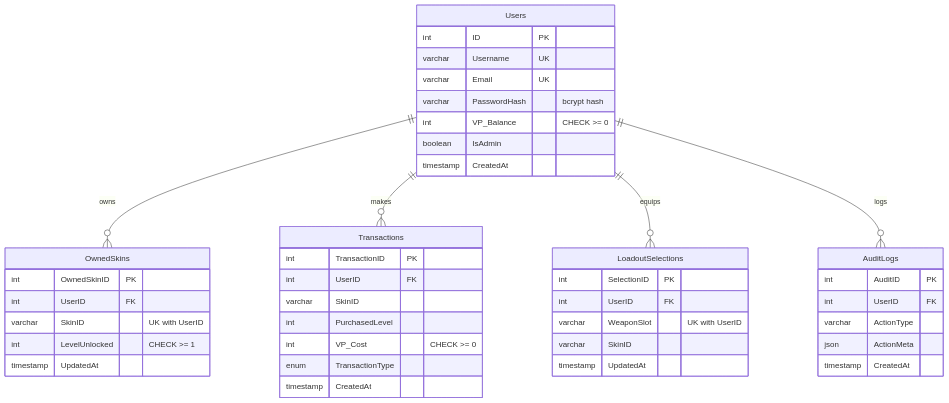
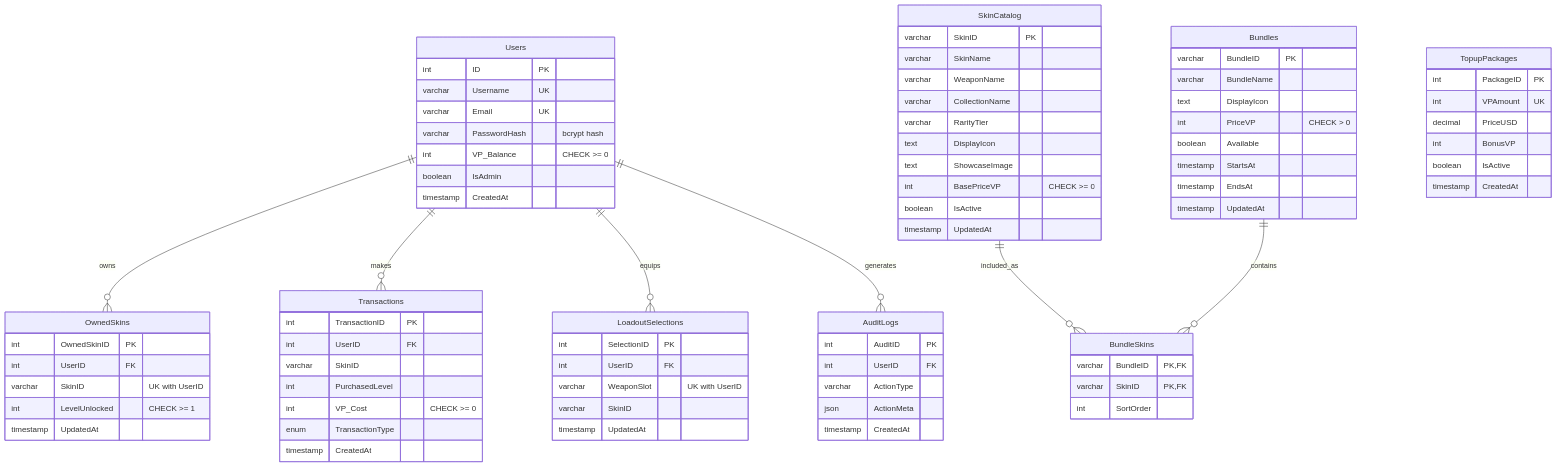
The diagram in sql/ERD.md (CoLuMOR-DEV/valecom), drawn with Mermaid before and after one commit. The commit also changed other lines of this file and 3 other files, not shown here.

```diff
--- a/sql/ERD.md
+++ b/sql/ERD.md
@@ -5,7 +5,9 @@
     Users ||--o{ OwnedSkins : owns
     Users ||--o{ Transactions : makes
     Users ||--o{ LoadoutSelections : equips
-    Users ||--o{ AuditLogs : logs
+    Users ||--o{ AuditLogs : generates
+    SkinCatalog ||--o{ BundleSkins : included_as
+    Bundles ||--o{ BundleSkins : contains
 
     Users {
       int ID PK
@@ -14,6 +16,45 @@
       varchar PasswordHash "bcrypt hash"
       int VP_Balance "CHECK >= 0"
       boolean IsAdmin
+      timestamp CreatedAt
+    }
+
+    SkinCatalog {
+      varchar SkinID PK
+      varchar SkinName
+      varchar WeaponName
+      varchar CollectionName
+      varchar RarityTier
+      text DisplayIcon
+      text ShowcaseImage
+      int BasePriceVP "CHECK >= 0"
+      boolean IsActive
+      timestamp UpdatedAt
+    }
+
+    Bundles {
+      varchar BundleID PK
+      varchar BundleName
+      text DisplayIcon
+      int PriceVP "CHECK > 0"
+      boolean Available
+      timestamp StartsAt
+      timestamp EndsAt
+      timestamp UpdatedAt
+    }
+
+    BundleSkins {
+      varchar BundleID PK, FK
+      varchar SkinID PK, FK
+      int SortOrder
+    }
+
+    TopupPackages {
+      int PackageID PK
+      int VPAmount UK
+      decimal PriceUSD
+      int BonusVP
+      boolean IsActive
       timestamp CreatedAt
     }
 
```
